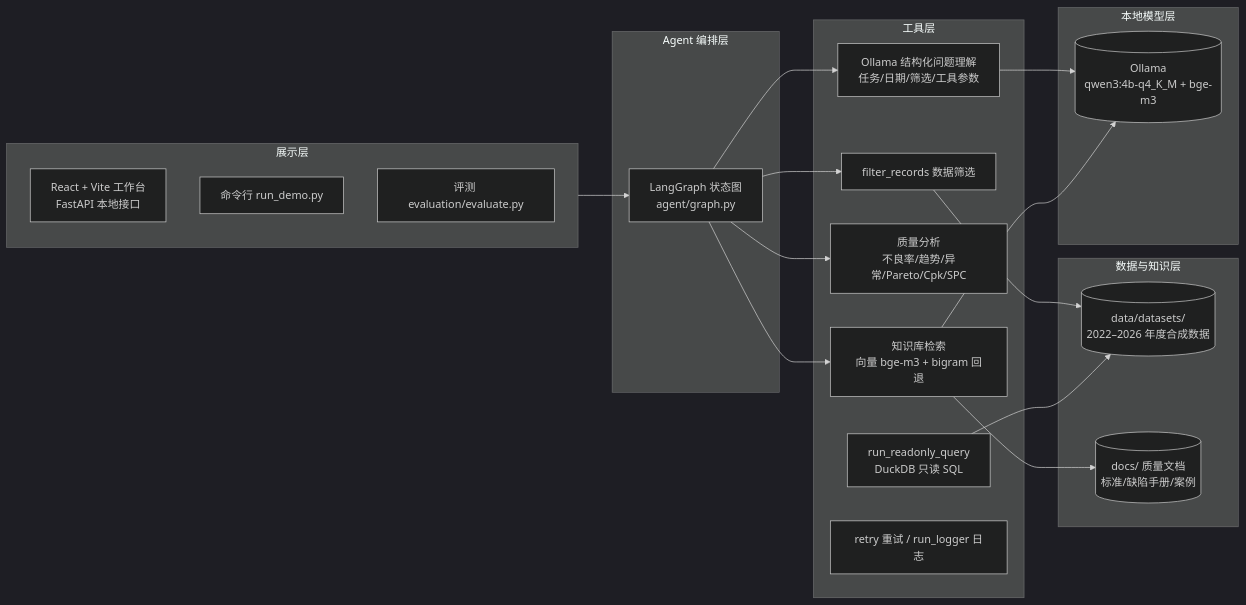
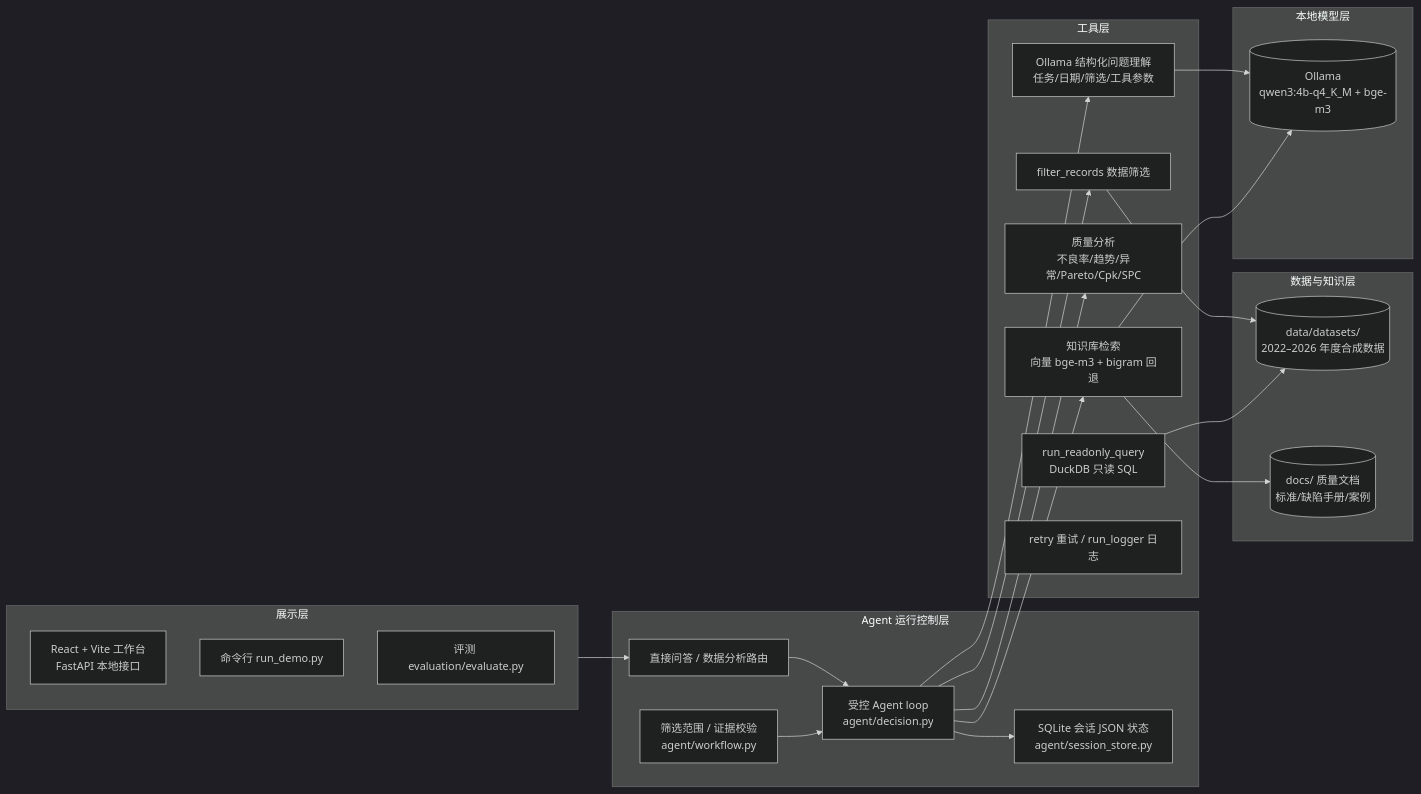
One commit to Satulalala/manufacturing-quality-agent changed the first of 4 diagrams in README.md. Above: the diagram before and after it, drawn with Mermaid (dark theme). The commit also changed other lines of this file and 110 other files, not shown here.

````diff
--- a/README.md
+++ b/README.md
@@ -192,33 +205,39 @@
 ```mermaid
 flowchart LR
     subgraph UI[展示层]
         App[React + Vite 工作台<br/>FastAPI 本地接口]
         CLI[命令行 run_demo.py]
         Eval[评测 evaluation/evaluate.py]
     end
-    subgraph Agent[Agent 编排层]
-        Graph[LangGraph 状态图<br/>agent/graph.py]
+    subgraph Agent[Agent 运行控制层]
+        Route[直接问答 / 数据分析路由]
+        Loop[受控 Agent loop<br/>agent/decision.py]
+        Scope[筛选范围 / 证据校验<br/>agent/workflow.py]
+        State[SQLite 会话 JSON 状态<br/>agent/session_store.py]
     end
     subgraph Tools[工具层]
         P[Ollama 结构化问题理解<br/>任务/日期/筛选/工具参数]
         Q[filter_records 数据筛选]
         A[质量分析<br/>不良率/趋势/异常/Pareto/Cpk/SPC]
         K[知识库检索<br/>向量 bge-m3 + bigram 回退]
         S[run_readonly_query<br/>DuckDB 只读 SQL]
         R[retry 重试 / run_logger 日志]
     end
     subgraph Data[数据与知识层]
         CSV[(data/datasets/<br/>2022–2026 年度合成数据)]
         Docs[(docs/ 质量文档<br/>标准/缺陷手册/案例)]
     end
     subgraph Local[本地模型层]
         Ollama[(Ollama<br/>qwen3:4b-q4_K_M + bge-m3)]
     end
-    UI --> Graph
-    Graph --> P & Q & A & K
+    UI --> Route
+    Route --> Loop
+    Loop --> P & Q & A & K
+    Scope --> Loop
+    Loop --> State
     P --> Ollama
     K --> Ollama
     Q --> CSV
     S --> CSV
     K --> Docs
 ```
````
